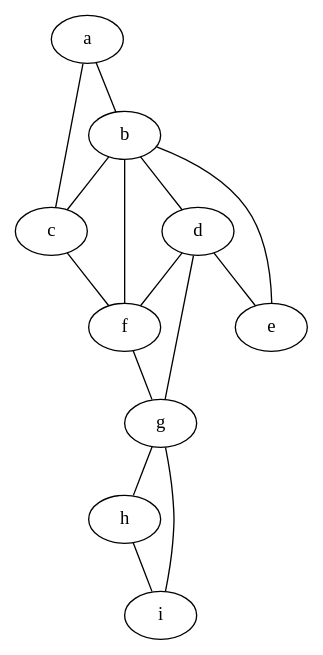
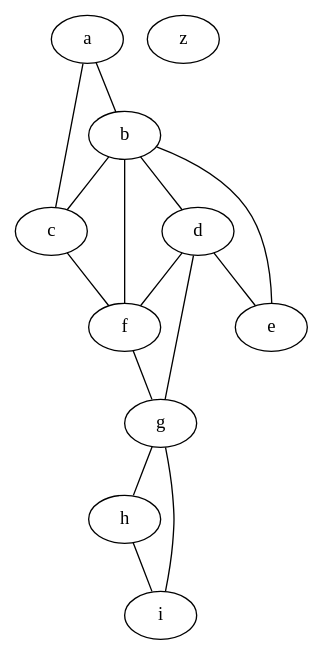
Before and after one commit to BastienMonet/saeGraphe2.02: the diagram in sae/graph.dot, drawn with Graphviz. The commit also changed 5 other files, not shown here.

```diff
--- a/sae/graph.dot
+++ b/sae/graph.dot
@@ -1,25 +1,26 @@
 strict graph G {
   1 [ label="a" ];
   2 [ label="b" ];
   3 [ label="c" ];
   4 [ label="d" ];
   5 [ label="e" ];
   6 [ label="f" ];
   7 [ label="g" ];
   8 [ label="h" ];
   9 [ label="i" ];
+  10 [ label="z" ];
   1 -- 2;
   1 -- 3;
   2 -- 3;
   2 -- 4;
   2 -- 5;
   4 -- 5;
   2 -- 6;
   3 -- 6;
   7 -- 8;
   7 -- 9;
   8 -- 9;
   4 -- 6;
   4 -- 7;
   6 -- 7;
 }
```
